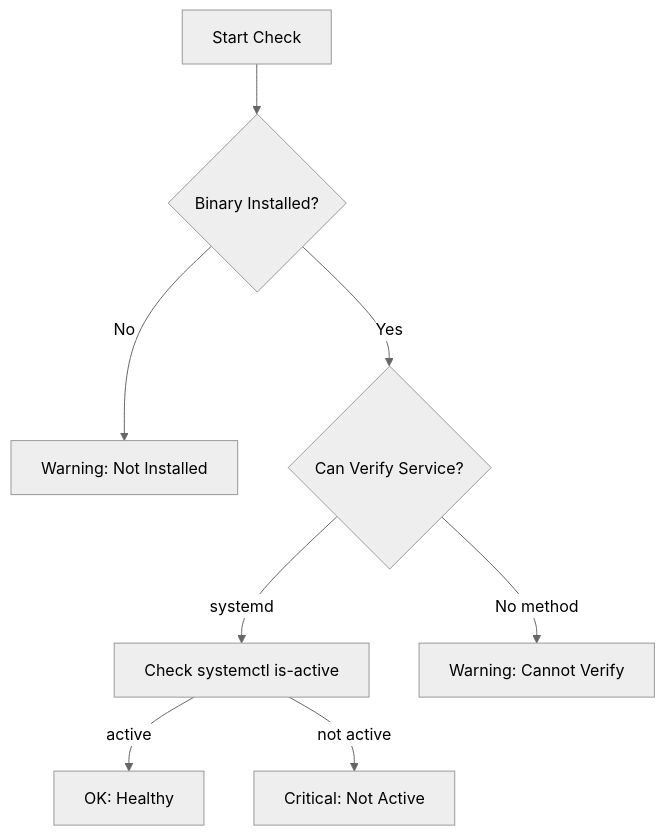
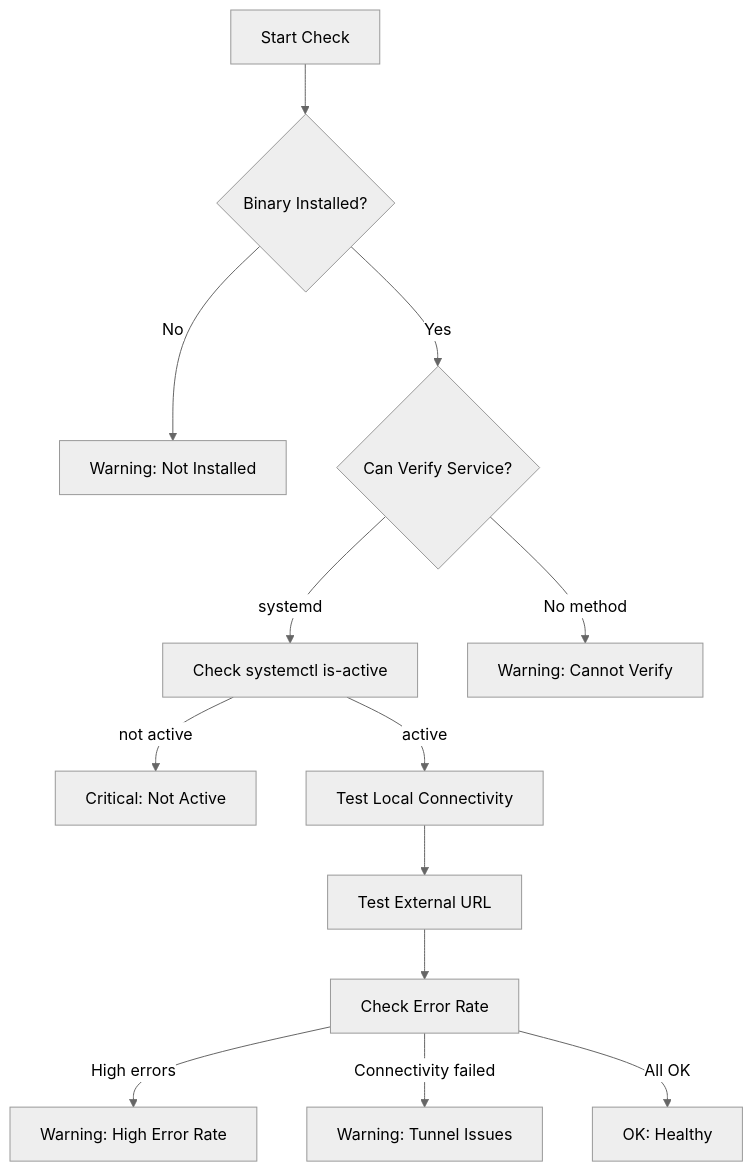
Before and after one commit to Vrooli/Vrooli: the diagram in scenarios/vrooli-autoheal/docs/reference/checks/infra-cloudflared.md, drawn with Mermaid (neutral theme). The commit also changed other lines of this file and 16 other files, not shown here.

````diff
--- a/scenarios/vrooli-autoheal/docs/reference/checks/infra-cloudflared.md
+++ b/scenarios/vrooli-autoheal/docs/reference/checks/infra-cloudflared.md
@@ -21,10 +25,15 @@
 ```mermaid
 flowchart TD
     A[Start Check] --> B{Binary Installed?}
     B -->|No| C[Warning: Not Installed]
     B -->|Yes| D{Can Verify Service?}
     D -->|systemd| E[Check systemctl is-active]
     D -->|No method| F[Warning: Cannot Verify]
-    E -->|active| G[OK: Healthy]
-    E -->|not active| H[Critical: Not Active]
+    E -->|not active| G[Critical: Not Active]
+    E -->|active| H[Test Local Connectivity]
+    H --> I[Test External URL]
+    I --> J[Check Error Rate]
+    J -->|High errors| K[Warning: High Error Rate]
+    J -->|Connectivity failed| L[Warning: Tunnel Issues]
+    J -->|All OK| M[OK: Healthy]
 ```
````
